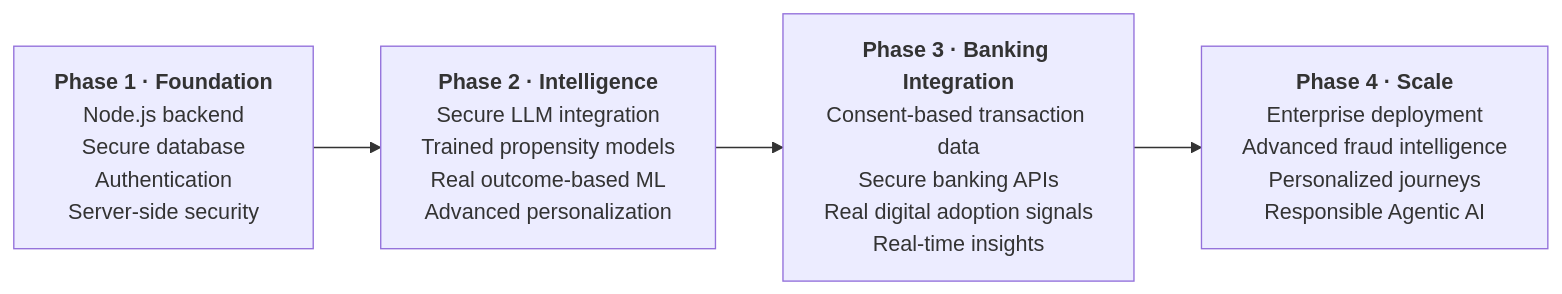
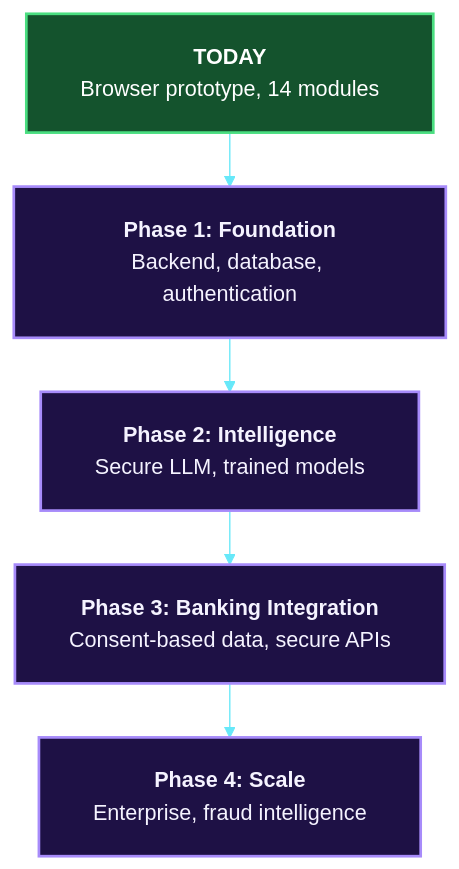
Before and after one commit to Mansi232323/MANSHORA: diagram 13 of 13 in README.md, drawn with Mermaid. The commit also changed other lines of this file, not shown here.

````diff
--- a/README.md
+++ b/README.md
@@ -435,8 +538,14 @@
 ```mermaid
-flowchart LR
-    P1["<b>Phase 1 · Foundation</b><br/>Node.js backend<br/>Secure database<br/>Authentication<br/>Server-side security"]
-    P2["<b>Phase 2 · Intelligence</b><br/>Secure LLM integration<br/>Trained propensity models<br/>Real outcome-based ML<br/>Advanced personalization"]
-    P3["<b>Phase 3 · Banking Integration</b><br/>Consent-based transaction data<br/>Secure banking APIs<br/>Real digital adoption signals<br/>Real-time insights"]
-    P4["<b>Phase 4 · Scale</b><br/>Enterprise deployment<br/>Advanced fraud intelligence<br/>Personalized journeys<br/>Responsible Agentic AI"]
-    P1 --> P2 --> P3 --> P4
+%%{init: {'theme':'base','themeVariables':{'fontSize':'16px','fontFamily':'Arial, Helvetica, sans-serif','lineColor':'#67e8f9'},'flowchart':{'htmlLabels':true,'nodeSpacing':30,'rankSpacing':40,'padding':20,'wrappingWidth':240}}}%%
+flowchart TB
+    P0["<b>TODAY</b><br/>Browser prototype, 14 modules"]
+    P1["<b>Phase 1: Foundation</b><br/>Backend, database, authentication"]
+    P2["<b>Phase 2: Intelligence</b><br/>Secure LLM, trained models"]
+    P3["<b>Phase 3: Banking Integration</b><br/>Consent-based data, secure APIs"]
+    P4["<b>Phase 4: Scale</b><br/>Enterprise, fraud intelligence"]
+    P0 --> P1 --> P2 --> P3 --> P4
+    classDef done fill:#14532d,stroke:#4ade80,stroke-width:2px,color:#ffffff
+    classDef next fill:#1e1145,stroke:#a78bfa,stroke-width:2px,color:#f5f3ff
+    class P0 done
+    class P1,P2,P3,P4 next
 ```
````
